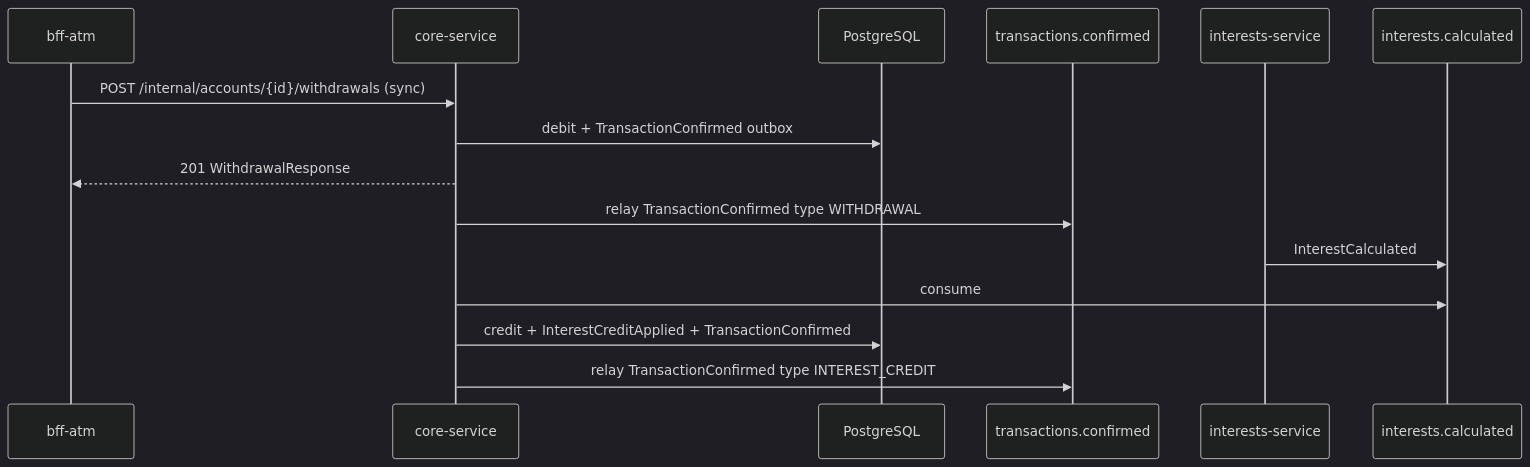
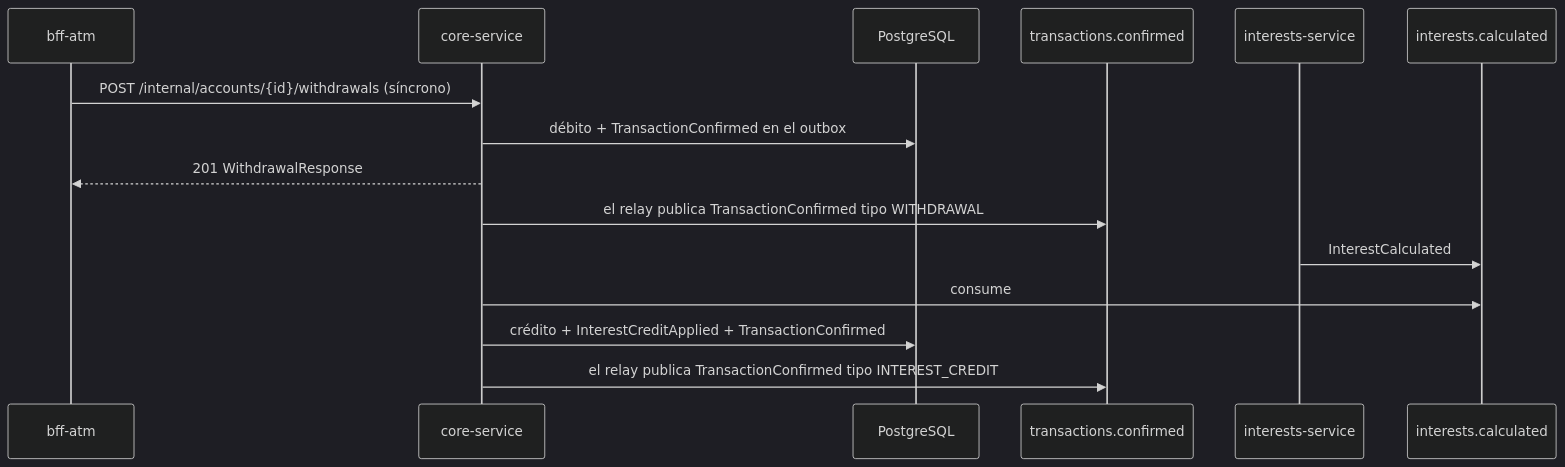
One commit to gustavoduocuc/xyz_bank_server changed the fifth of 5 diagrams in docs/architecture.md. Above: the diagram before and after it, drawn with Mermaid (dark theme). The commit also changed other lines of this file and 4 other files, not shown here.

Commit message:
docs: translate architecture and AWS docs to Spanish

````diff
--- a/docs/architecture.md
+++ b/docs/architecture.md
@@ -254,19 +254,19 @@
 ```mermaid
 sequenceDiagram
   participant Atm as bff-atm
   participant Core as core-service
   participant Db as PostgreSQL
   participant Confirmed as transactions.confirmed
   participant Interests as interests-service
   participant Calculated as interests.calculated
 
-  Atm->>Core: POST /internal/accounts/{id}/withdrawals (sync)
-  Core->>Db: debit + TransactionConfirmed outbox
+  Atm->>Core: POST /internal/accounts/{id}/withdrawals (síncrono)
+  Core->>Db: débito + TransactionConfirmed en el outbox
   Core-->>Atm: 201 WithdrawalResponse
-  Core->>Confirmed: relay TransactionConfirmed type WITHDRAWAL
+  Core->>Confirmed: el relay publica TransactionConfirmed tipo WITHDRAWAL
 
   Interests->>Calculated: InterestCalculated
   Core->>Calculated: consume
-  Core->>Db: credit + InterestCreditApplied + TransactionConfirmed
-  Core->>Confirmed: relay TransactionConfirmed type INTEREST_CREDIT
+  Core->>Db: crédito + InterestCreditApplied + TransactionConfirmed
+  Core->>Confirmed: el relay publica TransactionConfirmed tipo INTEREST_CREDIT
 ```
````
